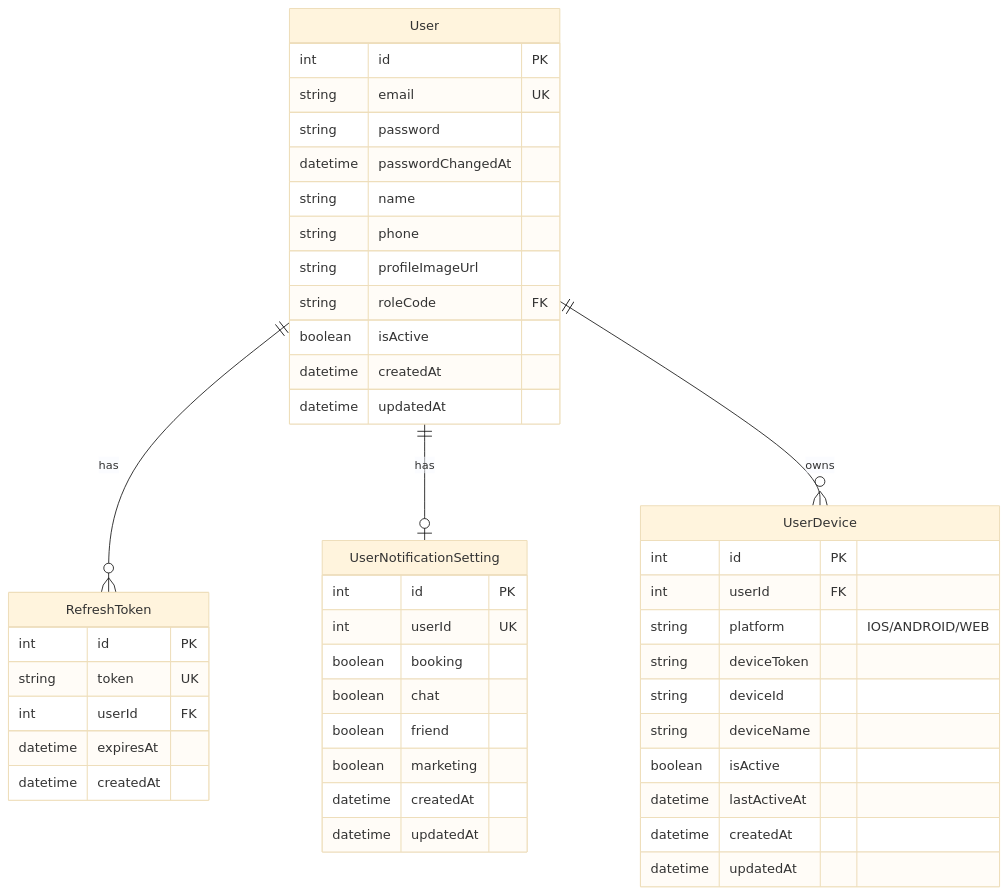
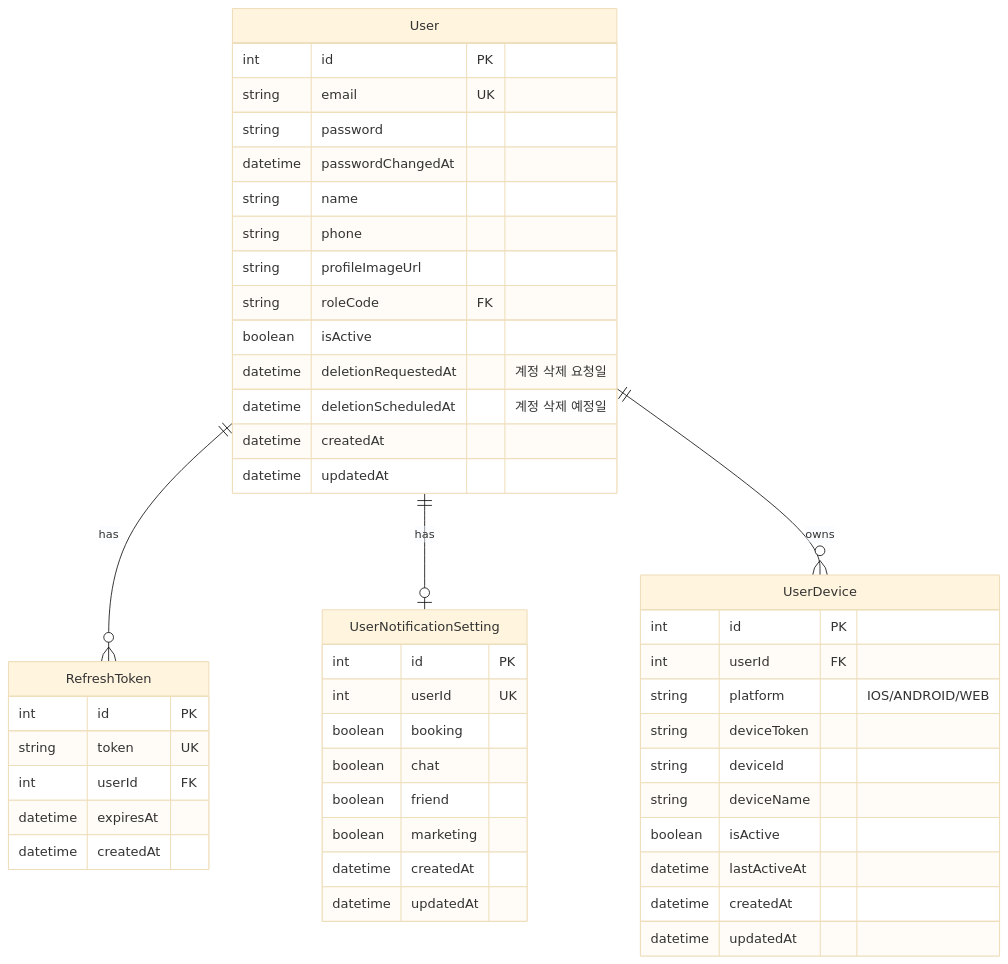
One commit to uniyous/parkgolf-platform changed the fourth of 28 diagrams in docs/architecture/DATABASE.md. Above: the diagram before and after it, drawn with Mermaid (base theme). The commit also changed other lines of this file and 17 other files, not shown here.

````diff
--- a/docs/architecture/DATABASE.md
+++ b/docs/architecture/DATABASE.md
@@ -222,52 +222,54 @@
 ```mermaid
 erDiagram
     User ||--o{ RefreshToken : "has"
     User ||--o| UserNotificationSetting : "has"
     User ||--o{ UserDevice : "owns"
 
     User {
         int id PK
         string email UK
         string password
         datetime passwordChangedAt
         string name
         string phone
         string profileImageUrl
         string roleCode FK
         boolean isActive
+        datetime deletionRequestedAt "계정 삭제 요청일"
+        datetime deletionScheduledAt "계정 삭제 예정일"
         datetime createdAt
         datetime updatedAt
     }
 
     RefreshToken {
         int id PK
         string token UK
         int userId FK
         datetime expiresAt
         datetime createdAt
     }
 
     UserNotificationSetting {
         int id PK
         int userId UK
         boolean booking
         boolean chat
         boolean friend
         boolean marketing
         datetime createdAt
         datetime updatedAt
     }
 
     UserDevice {
         int id PK
         int userId FK
         string platform "IOS/ANDROID/WEB"
         string deviceToken
         string deviceId
         string deviceName
         boolean isActive
         datetime lastActiveAt
         datetime createdAt
         datetime updatedAt
     }
 ```
````
